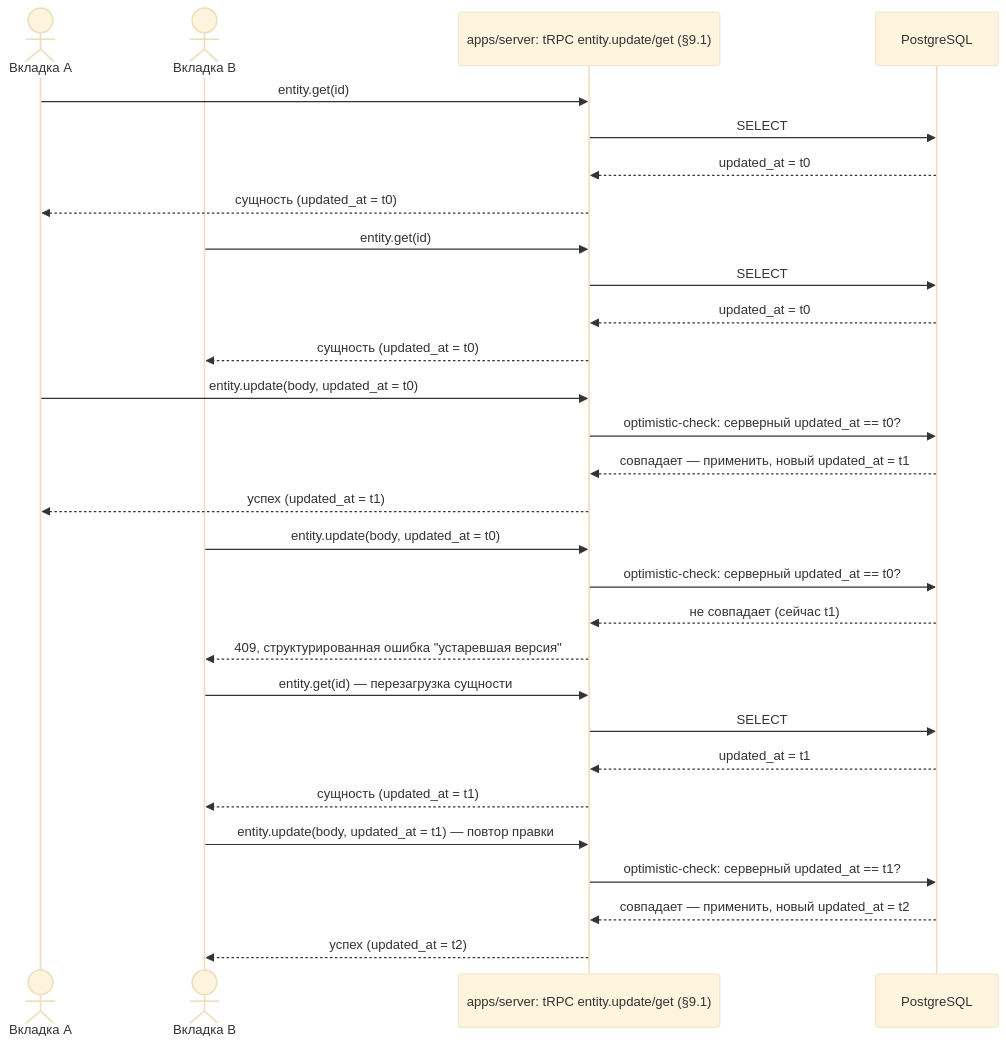
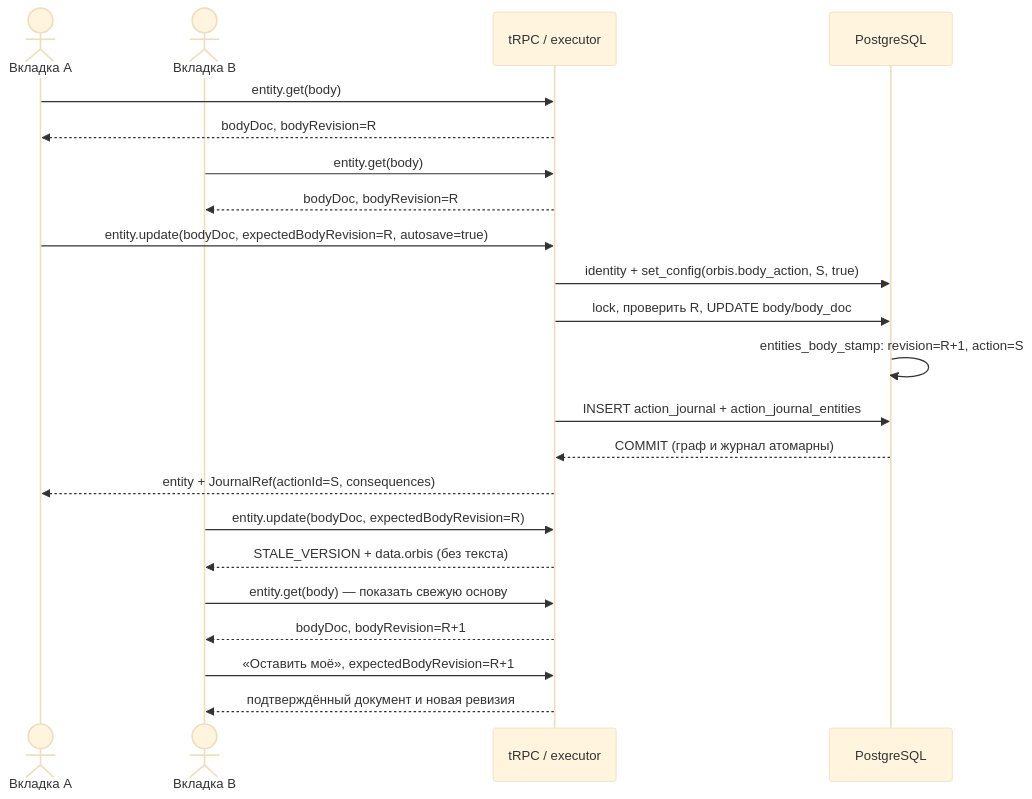
The seventh of 9 diagrams in docs/implementation/00-architecture.md (qvenge/orbis), drawn with Mermaid (base theme) before and after one commit. The commit also changed other lines of this file and 26 other files, not shown here.

````diff
--- a/docs/implementation/00-architecture.md
+++ b/docs/implementation/00-architecture.md
@@ -421,37 +433,24 @@
 ```mermaid
 sequenceDiagram
-    actor TabA as Вкладка A
-    actor TabB as Вкладка B
-    participant TRPC as apps/server: tRPC entity.update/get (§9.1)
+    actor A as Вкладка A
+    actor B as Вкладка B
+    participant API as tRPC / executor
     participant DB as PostgreSQL
-
-    TabA->>TRPC: entity.get(id)
-    TRPC->>DB: SELECT
-    DB-->>TRPC: updated_at = t0
-    TRPC-->>TabA: сущность (updated_at = t0)
-
-    TabB->>TRPC: entity.get(id)
-    TRPC->>DB: SELECT
-    DB-->>TRPC: updated_at = t0
-    TRPC-->>TabB: сущность (updated_at = t0)
-
-    TabA->>TRPC: entity.update(body, updated_at = t0)
-    TRPC->>DB: optimistic-check: серверный updated_at == t0?
-    DB-->>TRPC: совпадает — применить, новый updated_at = t1
-    TRPC-->>TabA: успех (updated_at = t1)
-
-    TabB->>TRPC: entity.update(body, updated_at = t0)
-    TRPC->>DB: optimistic-check: серверный updated_at == t0?
-    DB-->>TRPC: не совпадает (сейчас t1)
-    TRPC-->>TabB: 409, структурированная ошибка "устаревшая версия"
-
-    TabB->>TRPC: entity.get(id) — перезагрузка сущности
-    TRPC->>DB: SELECT
-    DB-->>TRPC: updated_at = t1
-    TRPC-->>TabB: сущность (updated_at = t1)
-
-    TabB->>TRPC: entity.update(body, updated_at = t1) — повтор правки
-    TRPC->>DB: optimistic-check: серверный updated_at == t1?
-    DB-->>TRPC: совпадает — применить, новый updated_at = t2
-    TRPC-->>TabB: успех (updated_at = t2)
+    A->>API: entity.get(body)
+    API-->>A: bodyDoc, bodyRevision=R
+    B->>API: entity.get(body)
+    API-->>B: bodyDoc, bodyRevision=R
+    A->>API: entity.update(bodyDoc, expectedBodyRevision=R, autosave=true)
+    API->>DB: identity + set_config(orbis.body_action, S, true)
+    API->>DB: lock, проверить R, UPDATE body/body_doc
+    DB->>DB: entities_body_stamp: revision=R+1, action=S
+    API->>DB: INSERT action_journal + action_journal_entities
+    DB-->>API: COMMIT (граф и журнал атомарны)
+    API-->>A: entity + JournalRef(actionId=S, consequences)
+    B->>API: entity.update(bodyDoc, expectedBodyRevision=R)
+    API-->>B: STALE_VERSION + data.orbis (без текста)
+    B->>API: entity.get(body) — показать свежую основу
+    API-->>B: bodyDoc, bodyRevision=R+1
+    B->>API: «Оставить моё», expectedBodyRevision=R+1
+    API-->>B: подтверждённый документ и новая ревизия
 ```
````
